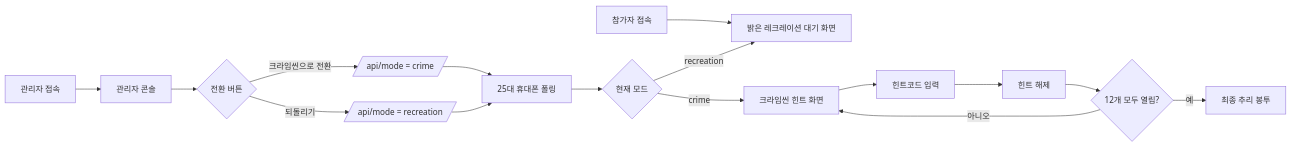
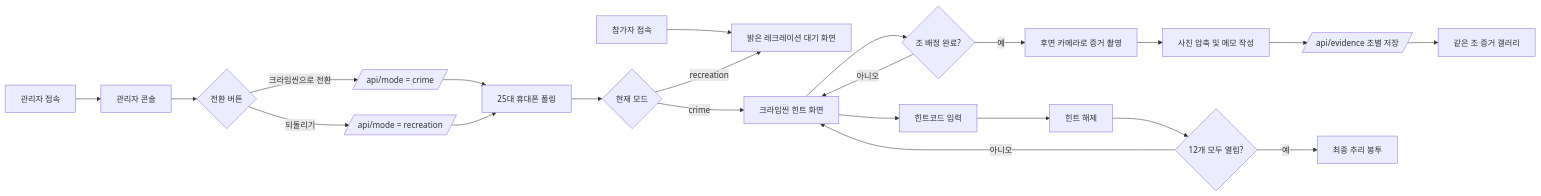
The diagram in docs/APP_FLOW.md (UICHANLEE/jaegun_project), drawn with Mermaid before and after one commit. The commit also changed other lines of this file and 5 other files, not shown here.

````diff
--- a/docs/APP_FLOW.md
+++ b/docs/APP_FLOW.md
@@ -7,18 +7,24 @@
 ```mermaid
 flowchart LR
   A[참가자 접속] --> B[밝은 레크레이션 대기 화면]
   C[관리자 접속] --> D[관리자 콘솔]
   D --> E{전환 버튼}
   E -->|크라임씬으로 전환| F[/api/mode = crime/]
   E -->|되돌리기| G[/api/mode = recreation/]
   F --> H[25대 휴대폰 폴링]
   G --> H
   H --> I{현재 모드}
   I -->|recreation| B
   I -->|crime| J[크라임씬 힌트 화면]
+  J --> O{조 배정 완료?}
+  O -->|예| P[후면 카메라로 증거 촬영]
+  P --> Q[사진 압축 및 메모 작성]
+  Q --> R[/api/evidence 조별 저장/]
+  R --> S[같은 조 증거 갤러리]
+  O -->|아니오| J
   J --> K[힌트코드 입력]
   K --> L[힌트 해제]
   L --> M{12개 모두 열림?}
   M -->|아니오| J
   M -->|예| N[최종 추리 봉투]
 ```
````
